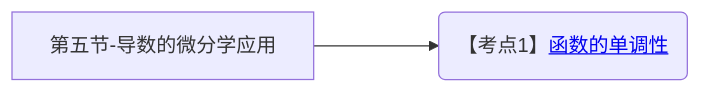
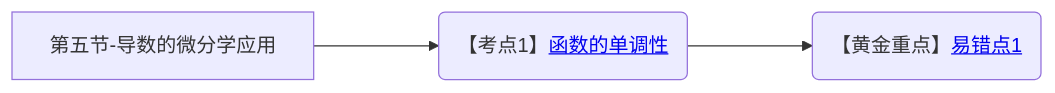
Before and after one commit to yuebinghui/note: diagram 15 of 15 in 笔记/数学/周洋鑫/01.基础班思维导图.md, drawn with Mermaid. The commit also changed 6 other files, not shown here.

````diff
--- a/笔记/数学/周洋鑫/01.基础班思维导图.md
+++ b/笔记/数学/周洋鑫/01.基础班思维导图.md
@@ -530,6 +530,7 @@
 ```mermaid
 graph LR
 第五节-导数的微分学应用
 
 第五节-导数的微分学应用--->函数的单调性(【考点1】<a href="/Users/yuebinghui/Documents/program/github/note/笔记/数学/周洋鑫/基础班/15.导数的微分学应用_1.md#函数的单调性">函数的单调性</>)
+函数的单调性--->易错点1(【黄金重点】<a href="/Users/yuebinghui/Documents/program/github/note/笔记/数学/周洋鑫/基础班/15.导数的微分学应用_1.md#易错点1">易错点1</>)
 ```
````
